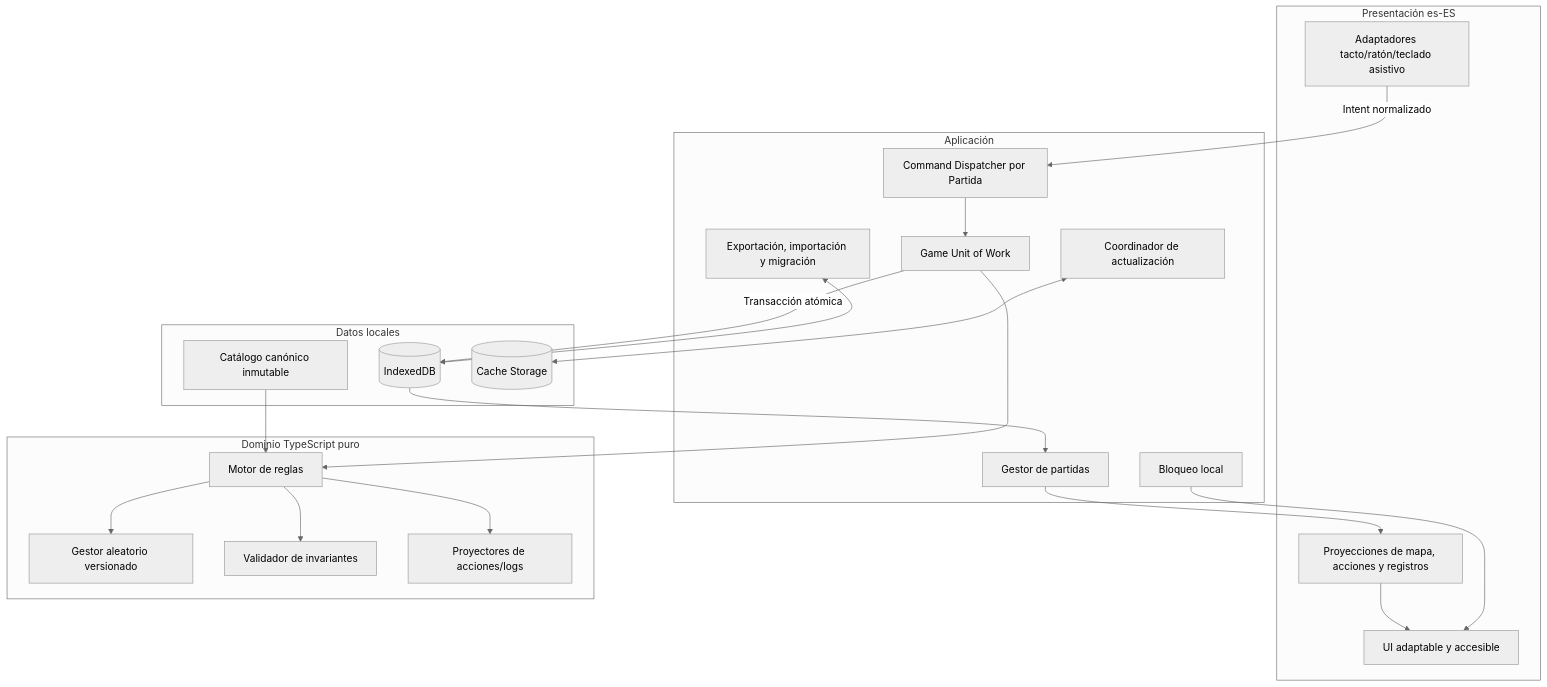
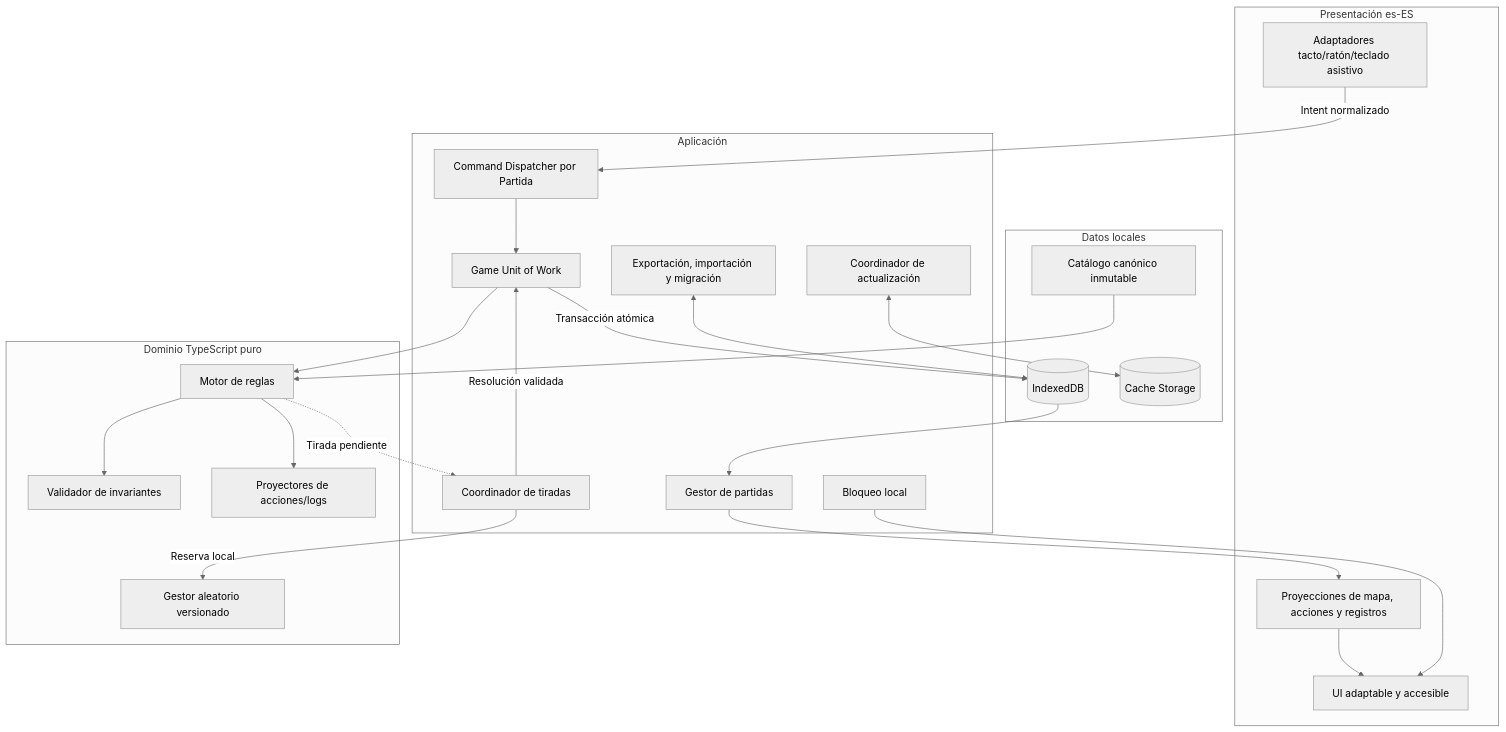
One commit to rcruz63/normandy-agy changed the first of 4 diagrams in .kiro/specs/fields-of-normandy-pwa/design.md. Above: the diagram before and after it, drawn with Mermaid (neutral theme). The commit also changed other lines of this file and 2 other files, not shown here.

Commit message:
docs(spec): incorporar tiradas visuales automáticas y manuales

````diff
--- a/.kiro/specs/fields-of-normandy-pwa/design.md
+++ b/.kiro/specs/fields-of-normandy-pwa/design.md
@@ -56,45 +57,48 @@
 ```mermaid
 flowchart TB
     subgraph Presentacion[Presentación es-ES]
         UI[UI adaptable y accesible]
         INPUT[Adaptadores tacto/ratón/teclado asistivo]
         VIEW[Proyecciones de mapa, acciones y registros]
     end
 
     subgraph Aplicacion[Aplicación]
         CMD[Command Dispatcher por Partida]
         UOW[Game Unit of Work]
+        DICE[Coordinador de tiradas]
         PM[Gestor de partidas]
         BACKUP[Exportación, importación y migración]
         UPDATE[Coordinador de actualización]
         LOCK[Bloqueo local]
     end
 
     subgraph Dominio[Dominio TypeScript puro]
         ENGINE[Motor de reglas]
         RNG[Gestor aleatorio versionado]
         INV[Validador de invariantes]
         PROJ[Proyectores de acciones/logs]
     end
 
     subgraph Datos[Datos locales]
         CATALOG[Catálogo canónico inmutable]
         IDB[(IndexedDB)]
         CACHE[(Cache Storage)]
     end
 
     INPUT -->|Intent normalizado| CMD
     CMD --> UOW
     UOW --> ENGINE
-    ENGINE --> RNG
+    ENGINE -.->|Tirada pendiente| DICE
+    DICE -->|Reserva local| RNG
+    DICE -->|Resolución validada| UOW
     ENGINE --> INV
     ENGINE --> PROJ
     CATALOG --> ENGINE
     UOW -->|Transacción atómica| IDB
     IDB --> PM
     PM --> VIEW
     VIEW --> UI
     BACKUP <--> IDB
     UPDATE <--> CACHE
     LOCK --> UI
 ```
````
